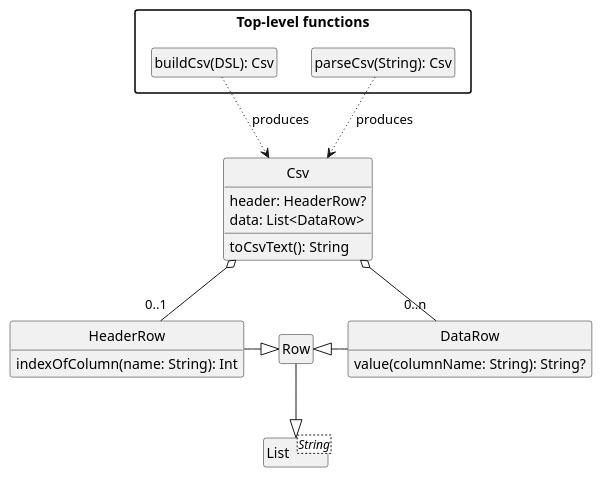
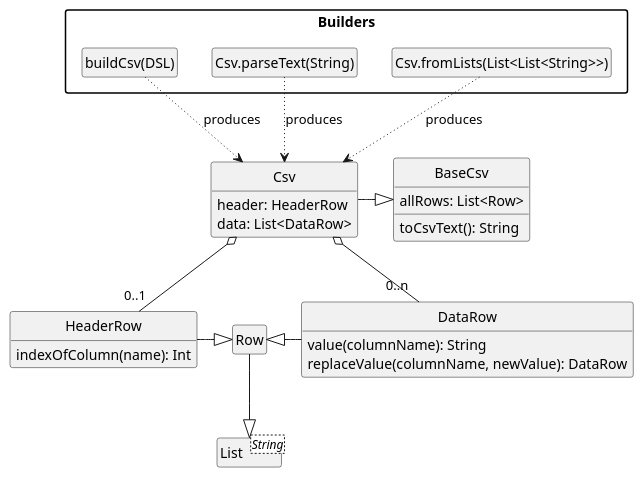
Before and after one commit to sergejsha/csv: the diagram in documentation/architecture.iuml, drawn with PlantUML. The commit also changed 5 other files, not shown here.

```diff
--- a/documentation/architecture.iuml
+++ b/documentation/architecture.iuml
@@ -1,38 +1,46 @@
 @startuml
 skinparam packageStyle rectangle
 hide empty members
 hide stereotype
 hide circle
 
-class Csv {
-    header: HeaderRow?
-    data: List<DataRow>
+class BaseCsv {
+    allRows: List<Row>
     toCsvText(): String
 }
 
+class Csv {
+    header: HeaderRow
+    data: List<DataRow>
+}
+
 class HeaderRow {
-    indexOfColumn(name: String): Int
+    indexOfColumn(name): Int
 }
 
 class DataRow {
-    value(columnName: String): String?
+    value(columnName): String
+    replaceValue(columnName, newValue): DataRow
 }
 
 class Row
 class List<String>
 
-package "Top-level functions" {
-    class "buildCsv(DSL): Csv" as buildCsv
-    class "parseCsv(String): Csv" as parseCsv
+package "Builders" {
+    class "buildCsv(DSL)" as buildCsv
+    class "Csv.parseText(String)" as parseCsv
+    class "Csv.fromLists(List<List<String>>)" as fromList
 }
 
 buildCsv .[dotted].> Csv : produces
 parseCsv .[dotted].> Csv : produces
+fromList .[dotted].> Csv : produces
 
 HeaderRow -right-|> Row
 DataRow -left-|> Row
 Row -down-|> List
+Csv -right-|> BaseCsv
 Csv o-down- "0..1" HeaderRow
 Csv o-down- "0..n" DataRow
 
 @enduml
```
